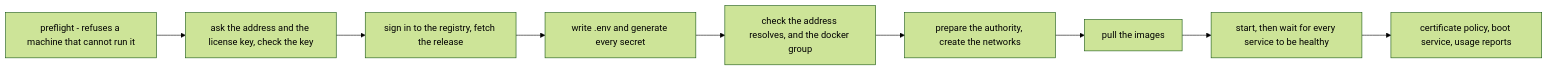
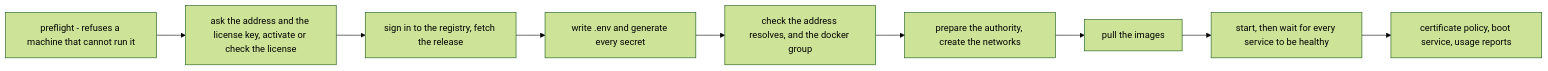
One commit to understand-tech/ai-in-a-box changed the diagram in docs/install.md. Above: the diagram before and after it, drawn with Mermaid (forest theme). The commit also changed other lines of this file and 7 other files, not shown here.

````diff
--- a/docs/install.md
+++ b/docs/install.md
@@ -14,14 +14,14 @@
 ```mermaid
 flowchart LR
     PREFLIGHT["preflight - refuses a machine that cannot run it"]
-    ASK["ask the address and the license key, check the key"]
+    ASK["ask the address and the license key, activate or check the license"]
     FETCH["sign in to the registry, fetch the release"]
     CONFIGURE["write .env and generate every secret"]
     RESOLVE["check the address resolves, and the docker group"]
     CA["prepare the authority, create the networks"]
     PULL["pull the images"]
     START["start, then wait for every service to be healthy"]
     PERSIST["certificate policy, boot service, usage reports"]
     PREFLIGHT --> ASK --> FETCH --> CONFIGURE --> RESOLVE
     RESOLVE --> CA --> PULL --> START --> PERSIST
 ```
````
